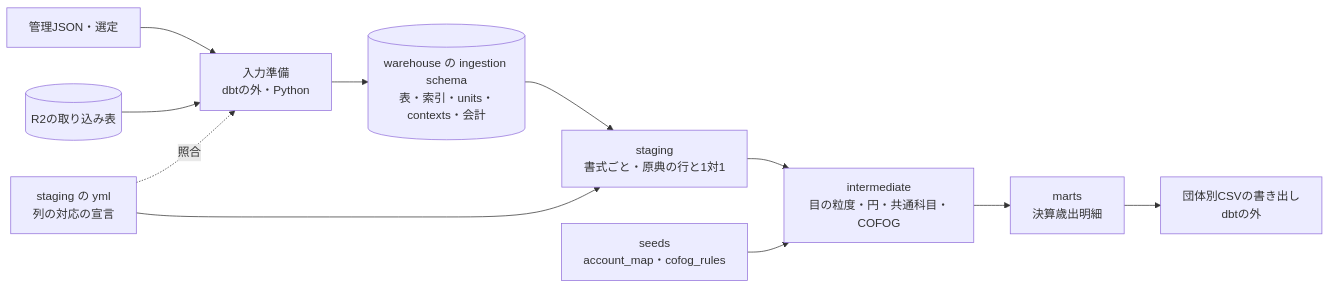
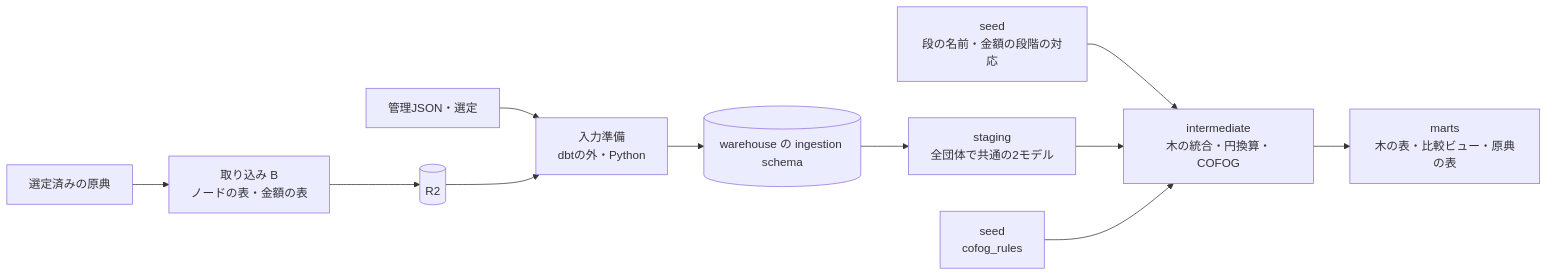
The first of 2 diagrams in docs/prd/fiscal-dbt-models/design-doc.md (fudoki-hensansitu/fudoki), drawn with Mermaid before and after one commit. The commit also changed other lines of this file and 3 other files, not shown here.

````diff
--- a/docs/prd/fiscal-dbt-models/design-doc.md
+++ b/docs/prd/fiscal-dbt-models/design-doc.md
@@ -62,13 +80,13 @@
 ```mermaid
 flowchart LR
+  A[選定済みの原典] --> B[取り込み B<br/>ノードの表・金額の表]
+  B --> R[(R2)]
   M[管理JSON・選定] --> P[入力準備<br/>dbtの外・Python]
-  R[(R2の取り込み表)] --> P
-  P --> I[(warehouse の ingestion schema<br/>表・索引・units・contexts・会計)]
-  I --> S[staging<br/>書式ごと・原典の行と1対1]
-  Y[staging の yml<br/>列の対応の宣言] --> S
-  Y -.照合.-> P
-  S --> N[intermediate<br/>目の粒度・円・共通科目・COFOG]
-  E[seeds<br/>account_map・cofog_rules] --> N
-  N --> T[marts<br/>決算歳出明細]
-  T --> X[団体別CSVの書き出し<br/>dbtの外]
+  R --> P
+  P --> I[(warehouse の ingestion schema)]
+  I --> S[staging<br/>全団体で共通の2モデル]
+  D[seed<br/>段の名前・金額の段階の対応] --> N
+  S --> N[intermediate<br/>木の統合・円換算・COFOG]
+  E[seed<br/>cofog_rules] --> N
+  N --> T[marts<br/>木の表・比較ビュー・原典の表]
 ```
````
